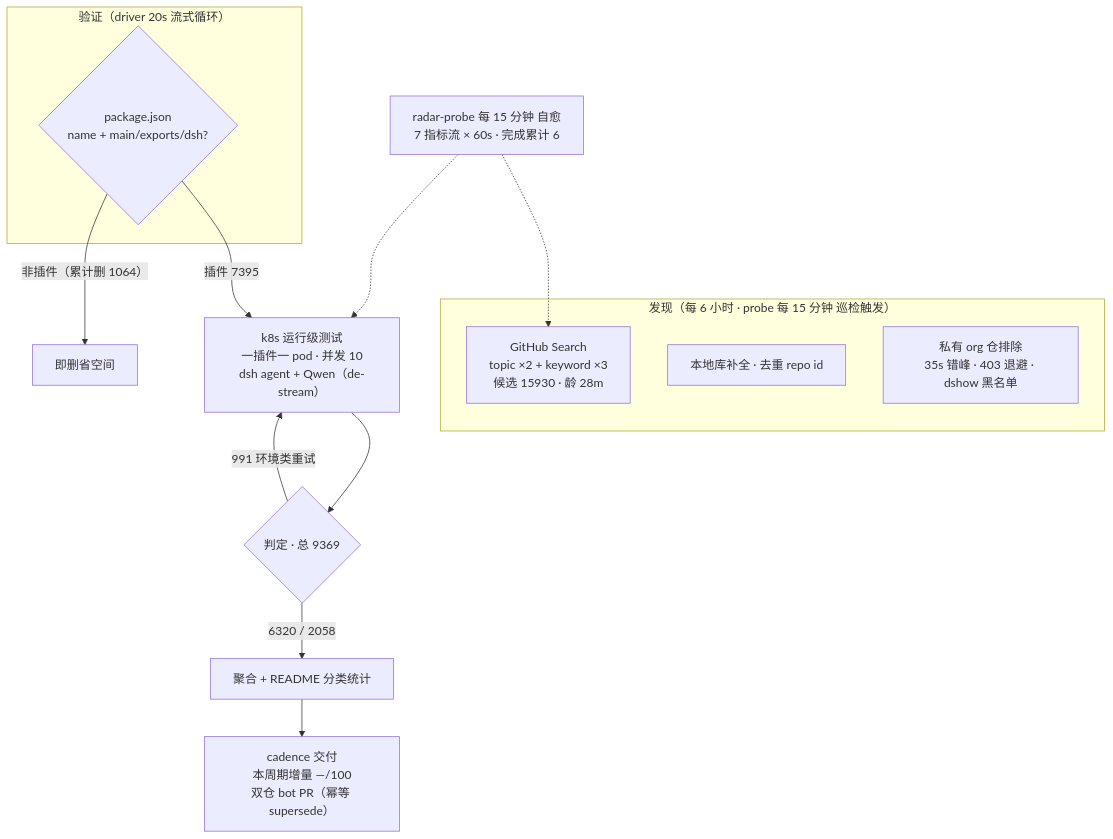
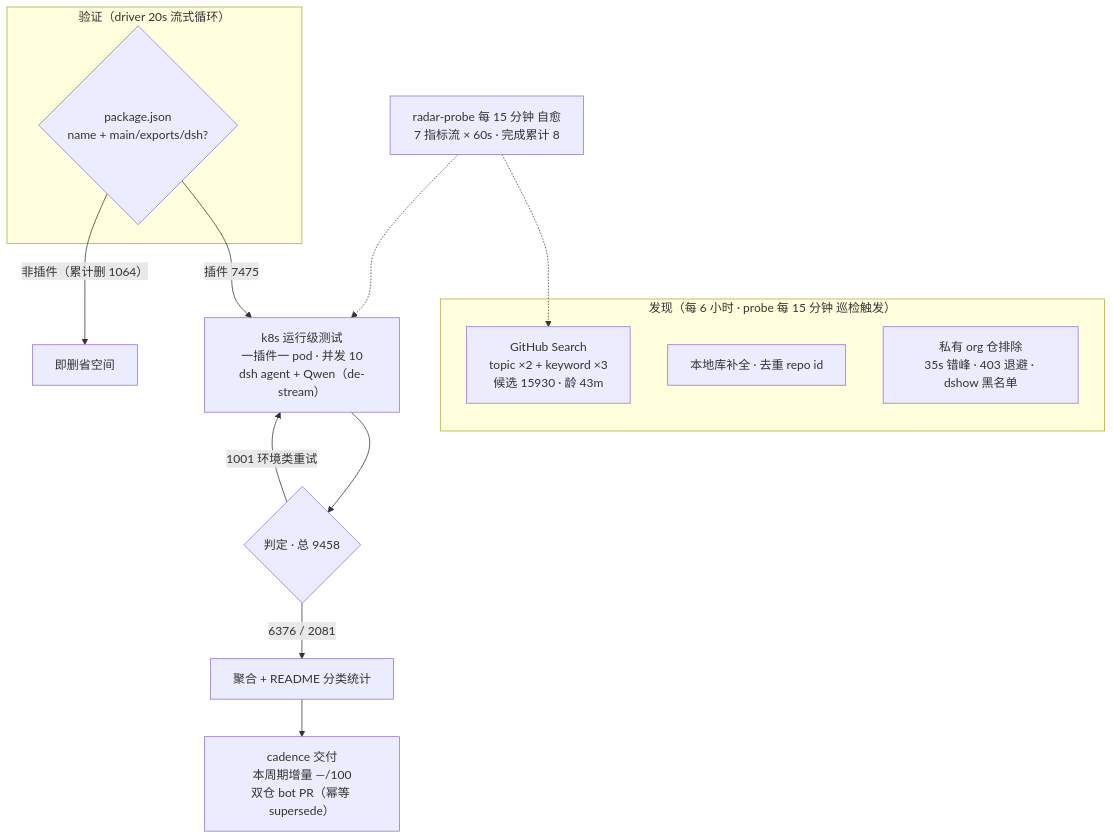
One commit to Zhidao-Lab-OSS/awesome-dsh-plugins changed the diagram in README.md. Above: the diagram before and after it, drawn with Mermaid. The commit also changed other lines of this file and 1 other file, not shown here.

````diff
--- a/README.md
+++ b/README.md
@@ -37,20 +37,20 @@
 ```mermaid
 flowchart TB
     subgraph Discovery["发现（每 6 小时 · probe 每 15 分钟 巡检触发）"]
-        A1["GitHub Search<br/>topic ×2 + keyword ×3<br/>候选 15930 · 龄 28m"]
+        A1["GitHub Search<br/>topic ×2 + keyword ×3<br/>候选 15930 · 龄 43m"]
         A2["本地库补全 · 去重 repo id"]
         A3["私有 org 仓排除<br/>35s 错峰 · 403 退避 · dshow 黑名单"]
     end
     subgraph Validation["验证（driver 20s 流式循环）"]
         B1{"package.json<br/>name + main/exports/dsh?"}
     end
-    B1 -->|"插件 7395"| C1["k8s 运行级测试<br/>一插件一 pod · 并发 10<br/>dsh agent + Qwen（de-stream）"]
+    B1 -->|"插件 7475"| C1["k8s 运行级测试<br/>一插件一 pod · 并发 10<br/>dsh agent + Qwen（de-stream）"]
     B1 -->|"非插件（累计删 1064）"| B3["即删省空间"]
-    C1 --> D1{"判定 · 总 9369"}
-    D1 -->|"6320 / 2058"| E1["聚合 + README 分类统计"]
-    D1 -->|"991 环境类重试"| C1
+    C1 --> D1{"判定 · 总 9458"}
+    D1 -->|"6376 / 2081"| E1["聚合 + README 分类统计"]
+    D1 -->|"1001 环境类重试"| C1
     E1 --> E2["cadence 交付<br/>本周期增量 —/100<br/>双仓 bot PR（幂等 supersede）"]
-    M["radar-probe 每 15 分钟 自愈<br/>7 指标流 × 60s · 完成累计 6"]
+    M["radar-probe 每 15 分钟 自愈<br/>7 指标流 × 60s · 完成累计 8"]
     M -.-> A1
     M -.-> C1
 ```
````
